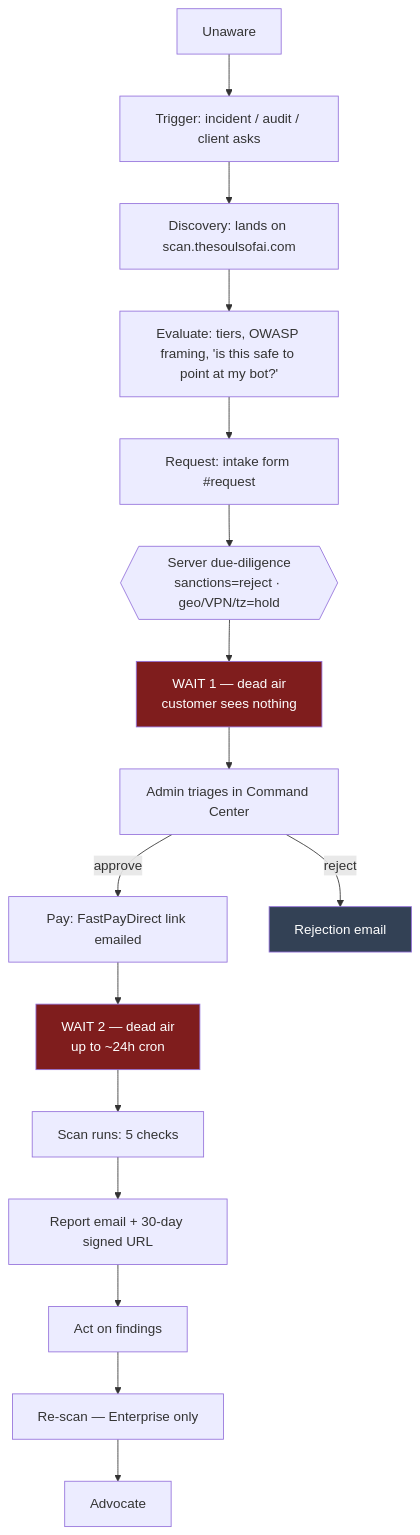
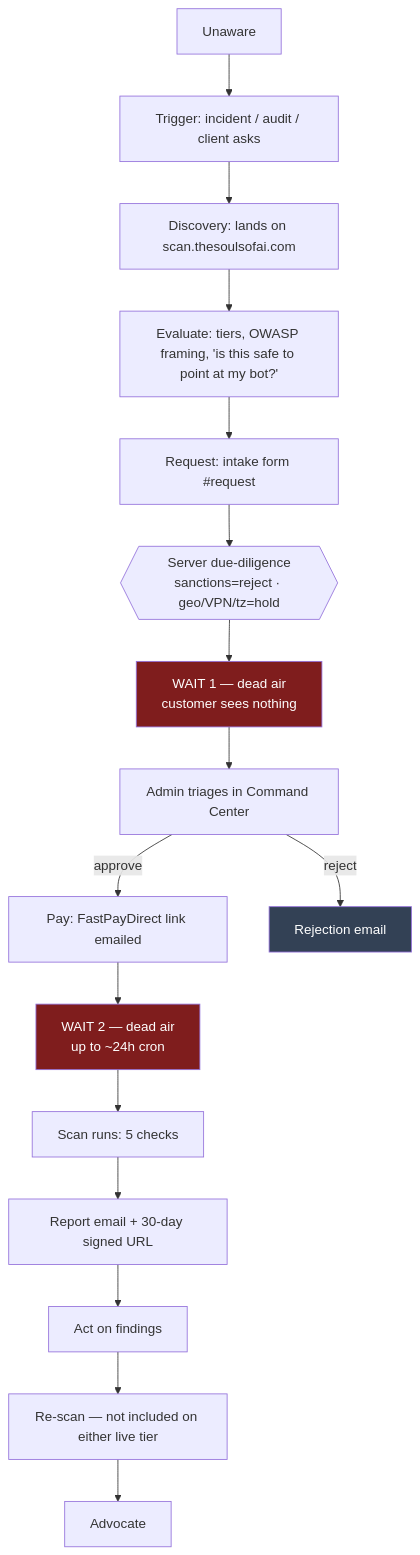
The diagram in docs/USER-JOURNEY-MAP.md (sngeetong144-droid/ai-sec-tester), drawn with Mermaid before and after one commit. The commit also changed other lines of this file and 25 other files, not shown here.

First line of the commit message:
R-15 completion: retire the Enterprise tier from marketing, docs and scripts

````diff
--- a/docs/USER-JOURNEY-MAP.md
+++ b/docs/USER-JOURNEY-MAP.md
@@ -19,22 +19,22 @@
 ```mermaid
 flowchart TD
     A[Unaware] --> B[Trigger: incident / audit / client asks]
     B --> C[Discovery: lands on scan.thesoulsofai.com]
     C --> D[Evaluate: tiers, OWASP framing, 'is this safe to point at my bot?']
     D --> E[Request: intake form #request]
     E --> F{{Server due-diligence<br/>sanctions=reject · geo/VPN/tz=hold}}
     F --> G[WAIT 1 — dead air<br/>customer sees nothing]
     G --> H[Admin triages in Command Center]
     H -->|approve| I[Pay: FastPayDirect link emailed]
     H -->|reject| Z[Rejection email]
     I --> J[WAIT 2 — dead air<br/>up to ~24h cron]
     J --> K[Scan runs: 5 checks]
     K --> L[Report email + 30-day signed URL]
     L --> M[Act on findings]
-    M --> N[Re-scan — Enterprise only]
+    M --> N[Re-scan — not included on either live tier]
     N --> O[Advocate]
 
     style G fill:#7f1d1d,color:#fff
     style J fill:#7f1d1d,color:#fff
     style Z fill:#334155,color:#fff
 ```
````
